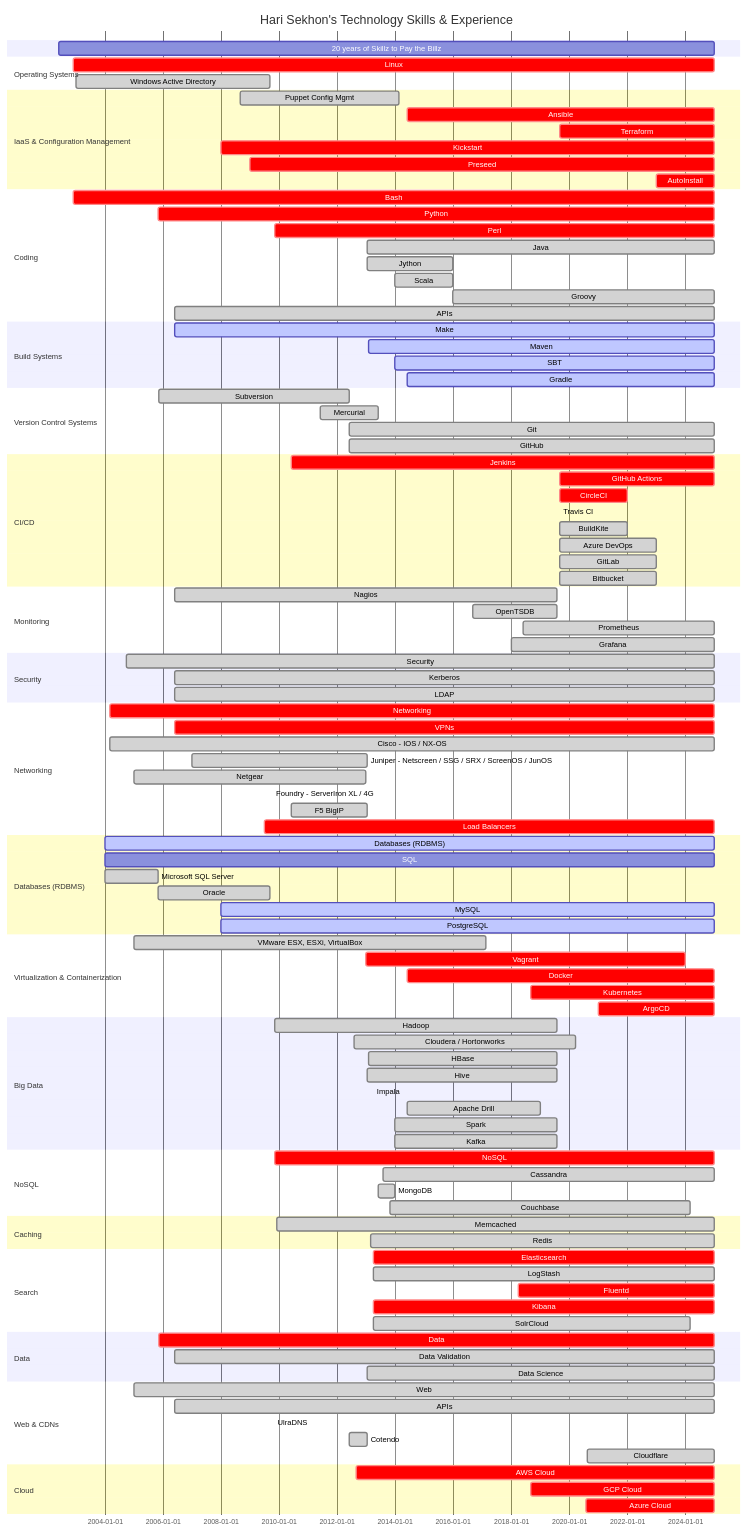
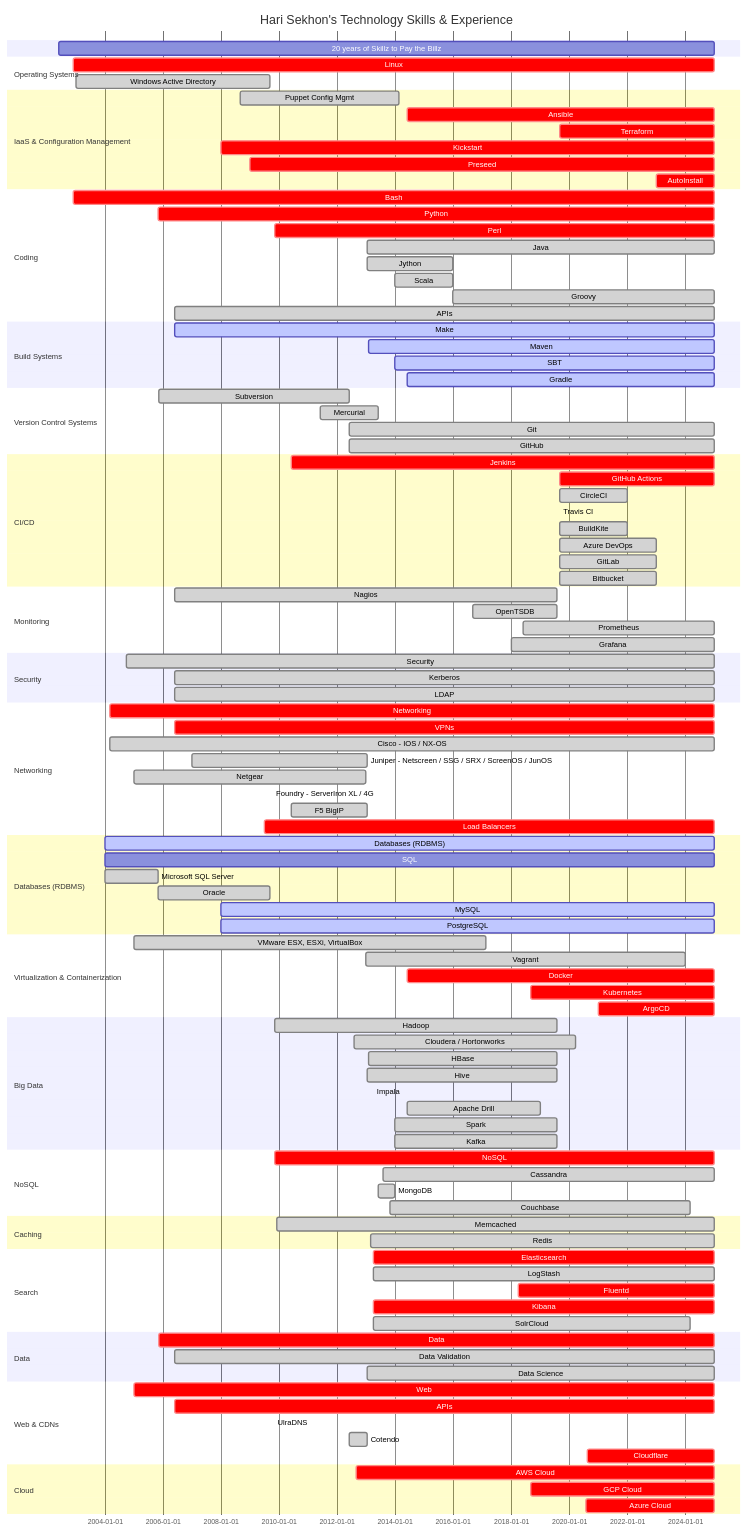
The diagram in README.md (HariSekhon/HariSekhon), drawn with Mermaid before and after one commit.

```diff
--- a/README.md
+++ b/README.md
@@ -263,7 +263,9 @@
         "themeVariables": {
               "primaryColor": "#0000FF",
               "primaryTextColor": "#ffffff",
-              "primaryBorderColor": "#839192",
+              "primaryBorderColor": "#ffffff",
+              "secondaryBorderColor": "#ffffff",
+              "tertiaryBorderColor": "#ffffff",
               "lineColor": "#ffffff",
               "secondaryColor": "#ffffff",
               "tertiaryColor": "#fffffff"
@@ -278,7 +280,7 @@
     20 years of Skillz to Pay the Billz : 2002-06-01, 2024-12-31
 
     section Operating Systems
-    Linux                  : crit, 2002-12-01, 2024-12-31
+    Linux                    : crit, 2002-12-01, 2024-12-31
     Windows Active Directory : done, 2003-01-01, 2009-09-10
 
     section IaaS & Configuration Management
@@ -314,7 +316,7 @@
     section CI/CD
     Jenkins                : crit, 2010-06-01, 2024-12-31
     GitHub Actions         : crit, 2019-09-01, 2024-12-31
-    CircleCI               : crit, 2019-09-01, 2021-12-31
+    CircleCI               : done, 2019-09-01, 2021-12-31
     Travis CI              : done, 2019-09-01, 2019-06-31
     BuildKite              : done, 2019-09-01, 2021-12-31
     Azure DevOps           : done, 2019-09-01, 2022-12-31
@@ -352,7 +354,7 @@
 
     section Virtualization & Containerization
     VMware ESX, ESXi, VirtualBox : done, 2005-01-01, 2017-02-16
-    Vagrant                : crit, 2013-01-01, 2023-12-31
+    Vagrant                : done, 2013-01-01, 2023-12-31
     Docker                 : crit, 2014-06-01, 2024-12-31
     Kubernetes             : crit, 2018-09-01, 2024-12-31
     ArgoCD                 : crit, 2021-01-01, 2024-12-31
@@ -390,11 +392,11 @@
     Data Science           : done, 2013-01-18, 2024-12-31
 
     section Web & CDNs
-    Web                    : done, 2005-01-01, 2024-12-31
-    APIs                   : done, 2006-06-01, 2024-12-31
+    Web                    : crit, 2005-01-01, 2024-12-31
+    APIs                   : crit, 2006-06-01, 2024-12-31
     UlraDNS                : done, 2009-11-01, 2012-06-31
     Cotendo                : done, 2012-06-01, 2013-01-13
-    Cloudflare             : done, 2020-08-20, 2024-12-31
+    Cloudflare             : crit, 2020-08-20, 2024-12-31
 
     section Cloud
     AWS Cloud              : crit, 2012-09-01, 2024-12-31
```
